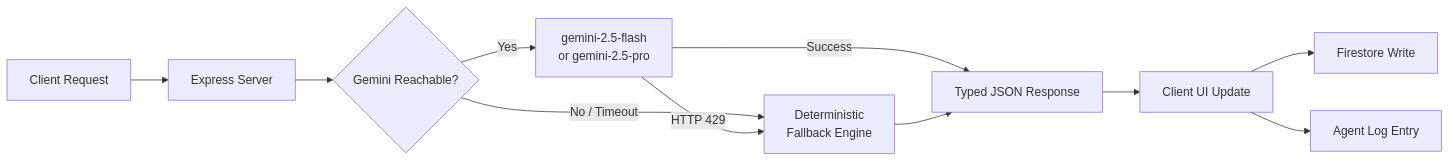
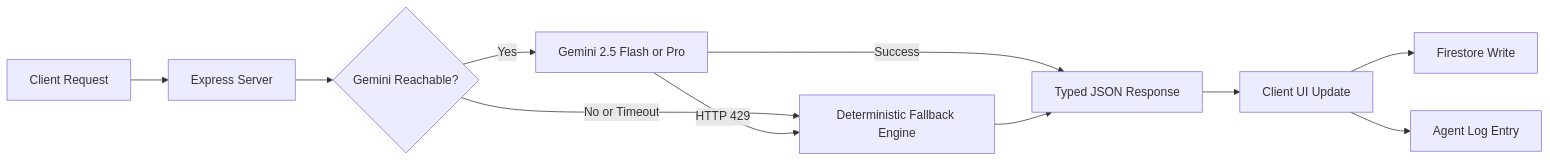
One commit to mishaka05/clutch changed the third of 3 diagrams in README.md. Above: the diagram before and after it, drawn with Mermaid. The commit also changed other lines of this file, not shown here.

````diff
--- a/README.md
+++ b/README.md
@@ -157,13 +157,13 @@
 ```mermaid
 flowchart LR
-    A[Client Request] --> B[Express Server]
-    B --> C{Gemini Reachable?}
-    C -- Yes --> D[gemini-2.5-flash\nor gemini-2.5-pro]
-    C -- No / Timeout --> E[Deterministic\nFallback Engine]
+    A["Client Request"] --> B["Express Server"]
+    B --> C{"Gemini Reachable?"}
+    C -- Yes --> D["Gemini 2.5 Flash or Pro"]
+    C -- No or Timeout --> E["Deterministic Fallback Engine"]
     D -- HTTP 429 --> E
-    D -- Success --> F[Typed JSON Response]
+    D -- Success --> F["Typed JSON Response"]
     E --> F
-    F --> G[Client UI Update]
-    G --> H[Firestore Write]
-    G --> I[Agent Log Entry]
+    F --> G["Client UI Update"]
+    G --> H["Firestore Write"]
+    G --> I["Agent Log Entry"]
 ```
````
